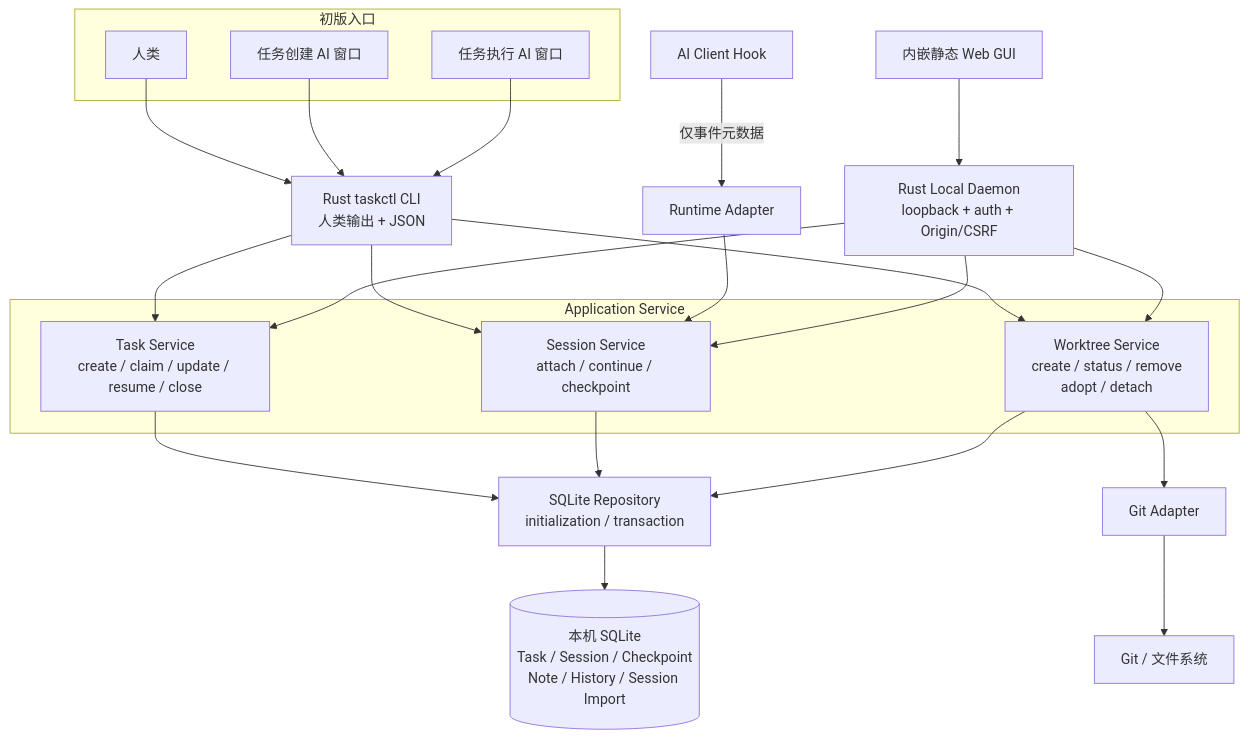
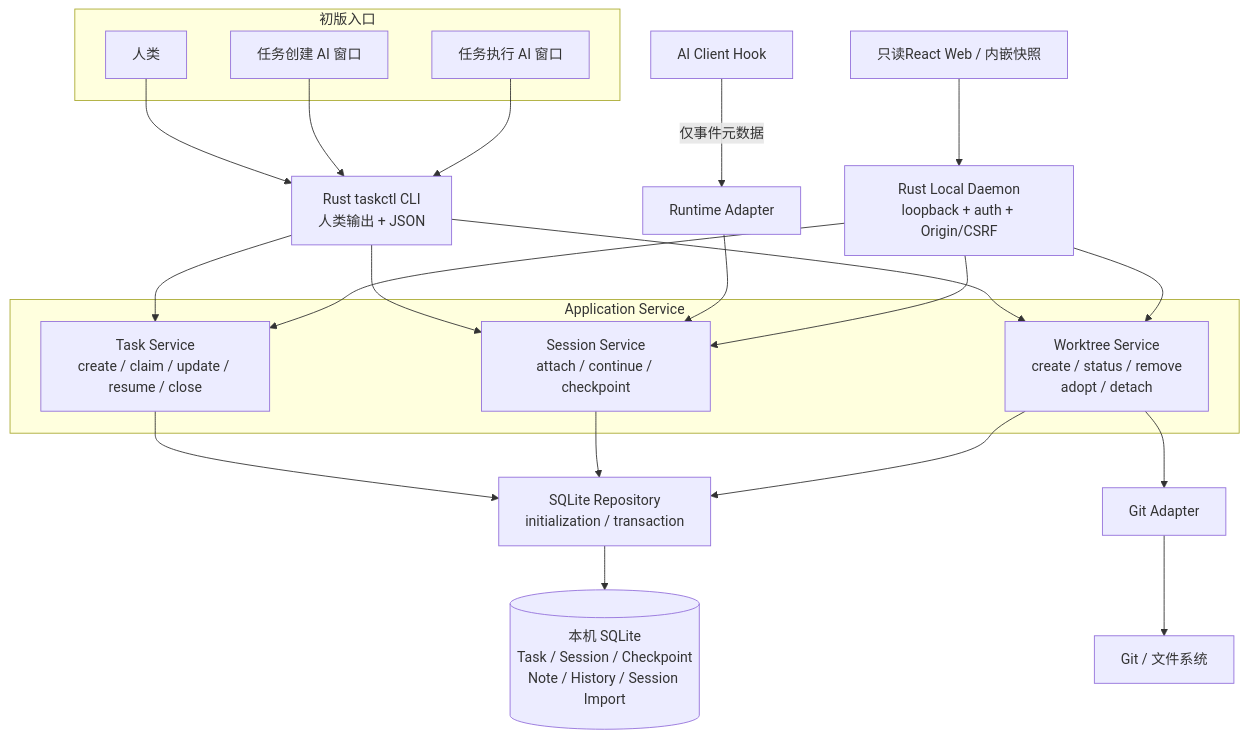
One commit to cecil-su/agent-steward changed the first of 5 diagrams in docs/v0/10-架构与流程图.md. Above: the diagram before and after it, drawn with Mermaid. The commit also changed other lines of this file and 60 other files, not shown here.

````diff
--- a/docs/v0/10-架构与流程图.md
+++ b/docs/v0/10-架构与流程图.md
@@ -11,47 +11,47 @@
 ```mermaid
 flowchart TB
     subgraph Clients["初版入口"]
         Human["人类"]
         Creator["任务创建 AI 窗口"]
         Executor["任务执行 AI 窗口"]
     end
 
     CLI["Rust taskctl CLI<br/>人类输出 + JSON"]
 
     subgraph App["Application Service"]
         TaskService["Task Service<br/>create / claim / update / resume / close"]
         SessionService["Session Service<br/>attach / continue / checkpoint"]
         WorktreeService["Worktree Service<br/>create / status / remove<br/>adopt / detach"]
     end
 
     SQLiteAdapter["SQLite Repository<br/>initialization / transaction"]
     SQLiteDB[("本机 SQLite<br/>Task / Session / Checkpoint<br/>Note / History / Session Import")]
     GitAdapter["Git Adapter"]
     GitFS["Git / 文件系统"]
 
     Hook["AI Client Hook"]
     RuntimeAdapter["Runtime Adapter"]
-    GUI["内嵌静态 Web GUI"]
+    GUI["只读React Web / 内嵌快照"]
     Daemon["Rust Local Daemon<br/>loopback + auth + Origin/CSRF"]
 
     Human --> CLI
     Creator --> CLI
     Executor --> CLI
     CLI --> TaskService
     CLI --> SessionService
     CLI --> WorktreeService
 
     TaskService --> SQLiteAdapter
     SessionService --> SQLiteAdapter
     WorktreeService --> SQLiteAdapter
     SQLiteAdapter --> SQLiteDB
     WorktreeService --> GitAdapter
     GitAdapter --> GitFS
 
     Hook -->|仅事件元数据| RuntimeAdapter
     RuntimeAdapter --> SessionService
     GUI --> Daemon
     Daemon --> TaskService
     Daemon --> SessionService
     Daemon --> WorktreeService
 ```
````
